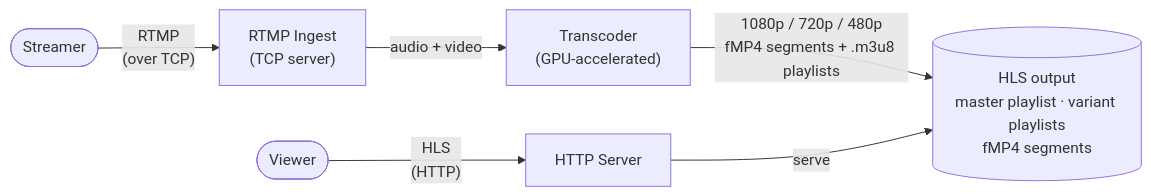
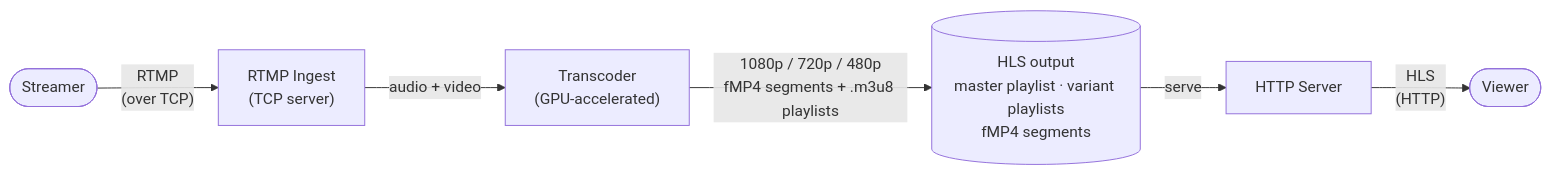
Before and after one commit to membraneframework-labs/ex_broadcaster: the first of 2 diagrams in tutorial/1_building_multimedia_application_in_elixir.md, drawn with Mermaid. The commit also changed other lines of this file and 2 other files, not shown here.

````diff
--- a/tutorial/1_building_multimedia_application_in_elixir.md
+++ b/tutorial/1_building_multimedia_application_in_elixir.md
@@ -75,15 +75,15 @@
 ```mermaid
 graph LR
     Streamer([Streamer])
     Ingest["RTMP Ingest\n(TCP server)"]
     Transcode["Transcoder\n(GPU-accelerated)"]
     Segments[("HLS output\nmaster playlist · variant playlists\nfMP4 segments")]
     HTTP["HTTP Server"]
     Viewer([Viewer])
 
     Streamer -- "RTMP\n(over TCP)" --> Ingest
     Ingest -- "audio + video" --> Transcode
     Transcode -- "1080p / 720p / 480p\nfMP4 segments + .m3u8 playlists" --> Segments
-    HTTP -- "serve" --> Segments
-    Viewer -- "HLS\n(HTTP)" --> HTTP
+    Segments -- "serve" --> HTTP
+    HTTP -- "HLS\n(HTTP)" --> Viewer
 ```
````
